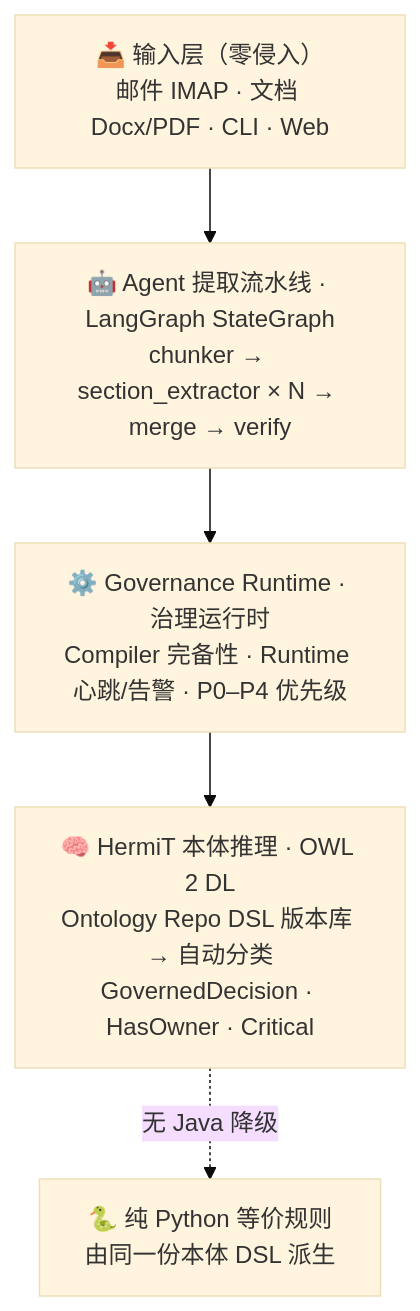
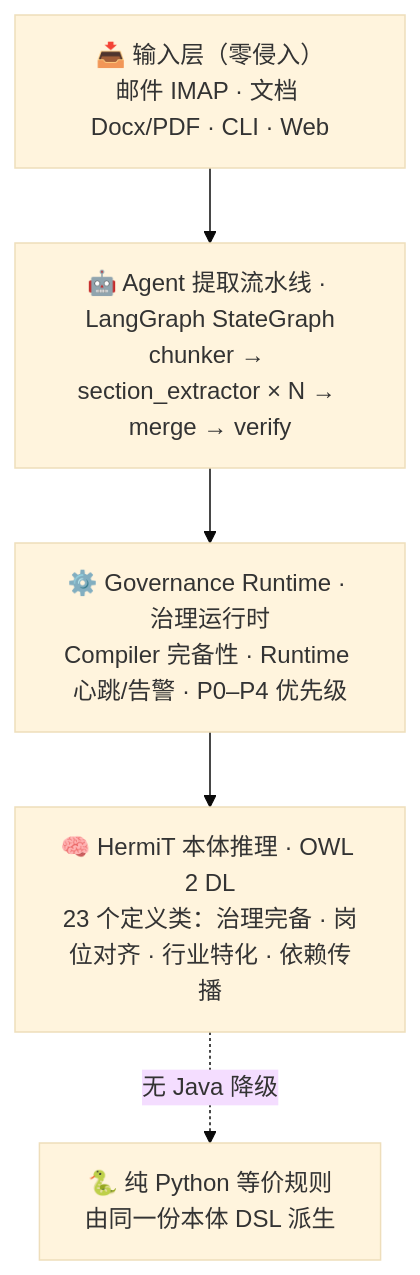
One commit to georgewangchn/MOSS changed the first of 2 diagrams in README.md. Above: the diagram before and after it, drawn with Mermaid (base theme). The commit also changed other lines of this file, not shown here.

````diff
--- a/README.md
+++ b/README.md
@@ -121,11 +93,11 @@
 ```mermaid
 flowchart TD
     Input["📥 输入层（零侵入）<br/>邮件 IMAP · 文档 Docx/PDF · CLI · Web"]
     Extract["🤖 Agent 提取流水线 · LangGraph StateGraph<br/>chunker → section_extractor × N → merge → verify"]
     Runtime["⚙️ Governance Runtime · 治理运行时<br/>Compiler 完备性 · Runtime 心跳/告警 · P0–P4 优先级"]
-    Reason["🧠 HermiT 本体推理 · OWL 2 DL<br/>Ontology Repo DSL 版本库 → 自动分类<br/>GovernedDecision · HasOwner · Critical"]
+    Reason["🧠 HermiT 本体推理 · OWL 2 DL<br/>23 个定义类：治理完备 · 岗位对齐 · 行业特化 · 依赖传播"]
     Fallback["🐍 纯 Python 等价规则<br/>由同一份本体 DSL 派生"]
 
     Input --> Extract --> Runtime --> Reason
     Reason -. "无 Java 降级" .-> Fallback
 ```
````
